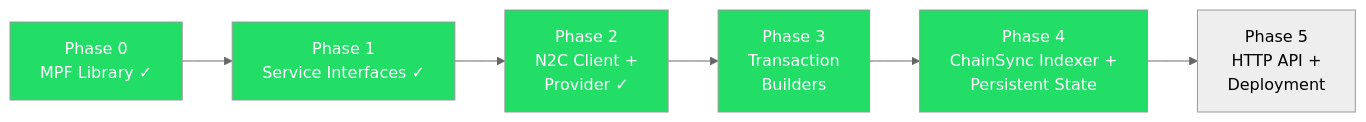
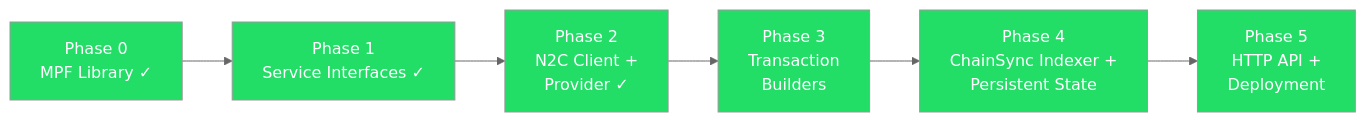
One commit to lambdasistemi/cardano-mpfs-offchain changed the fifth of 5 diagrams in docs/architecture/overview.md. Above: the diagram before and after it, drawn with Mermaid (neutral theme). The commit also changed other lines of this file and 5 other files, not shown here.

````diff
--- a/docs/architecture/overview.md
+++ b/docs/architecture/overview.md
@@ -272,17 +298,18 @@
 ```mermaid
 graph LR
     P0["Phase 0<br/>MPF Library ✓"]
     P1["Phase 1<br/>Service Interfaces ✓"]
     P2["Phase 2<br/>N2C Client +<br/>Provider ✓"]
     P3["Phase 3<br/>Transaction<br/>Builders"]
     P4["Phase 4<br/>ChainSync Indexer +<br/>Persistent State"]
     P5["Phase 5<br/>HTTP API +<br/>Deployment"]
 
     P0 --> P1 --> P2 --> P3 --> P4 --> P5
 
     style P0 fill:#2d6,color:#fff
     style P1 fill:#2d6,color:#fff
     style P2 fill:#2d6,color:#fff
     style P3 fill:#2d6,color:#fff
     style P4 fill:#2d6,color:#fff
+    style P5 fill:#2d6,color:#fff
 ```
````
